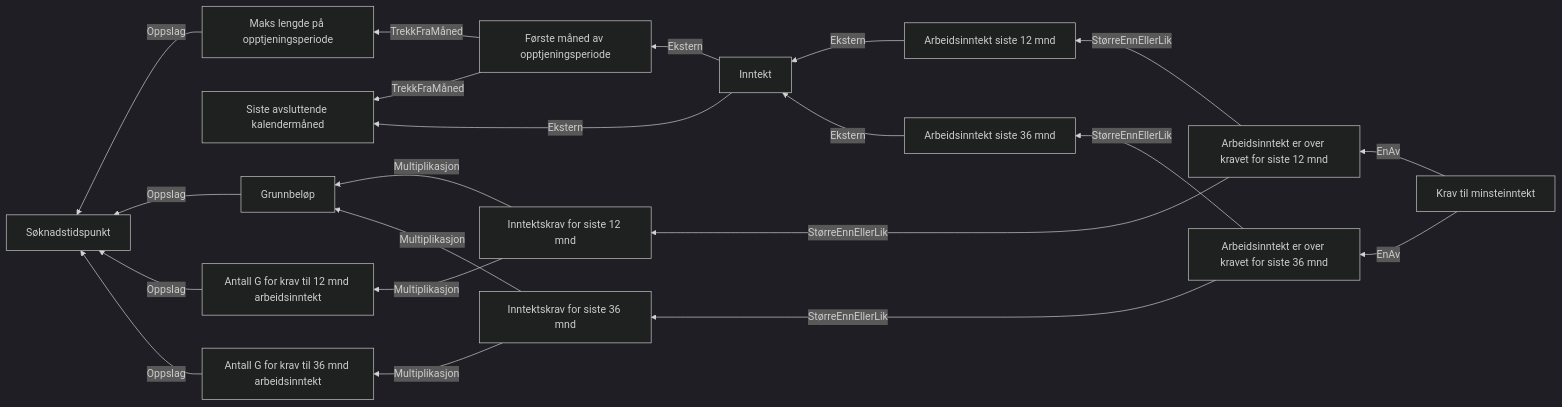
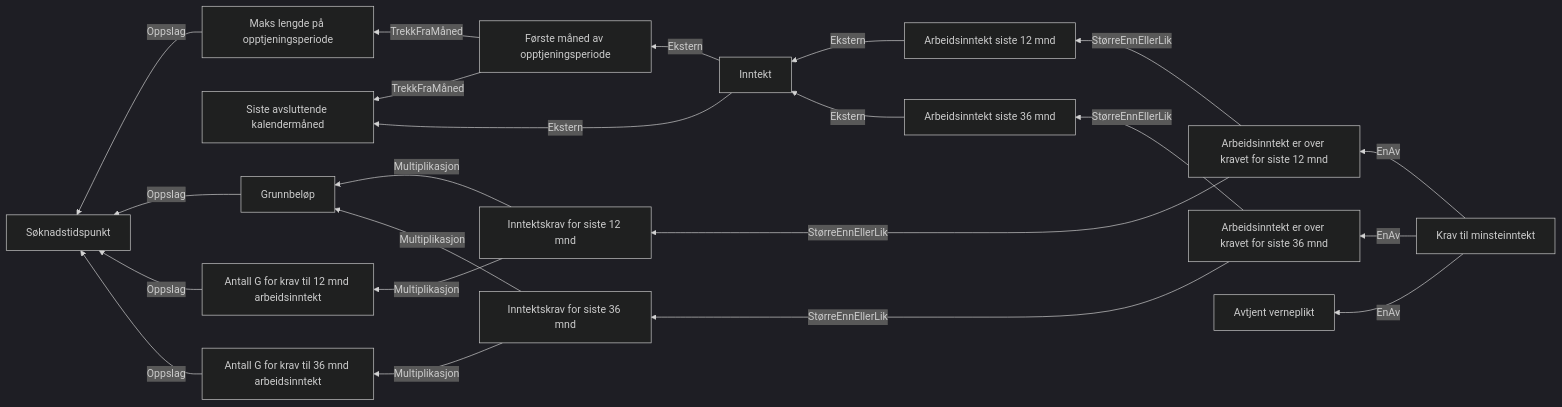
One commit to navikt/dp-vedtak changed the diagram in docs/regler/§ 4-4. Krav til minsteinntekt.approved.md. Above: the diagram before and after it, drawn with Mermaid (dark theme). The commit also changed other lines of this file and 8 other files, not shown here.

Commit message:
Legg til verneplikt som en vei gjennom kravet til minste arbeidsinntekt

````diff
--- a/docs/regler/§ 4-4. Krav til minsteinntekt.approved.md
+++ b/docs/regler/§ 4-4. Krav til minsteinntekt.approved.md
@@ -5,23 +5,24 @@
 ```mermaid
 graph RL
   A["Maks lengde på opptjeningsperiode"] -->|"Oppslag"| B["Søknadstidspunkt"]
   C["Første måned av opptjeningsperiode"] -->|"TrekkFraMåned"| D["Siste avsluttende kalendermåned"]
   C["Første måned av opptjeningsperiode"] -->|"TrekkFraMåned"| A["Maks lengde på opptjeningsperiode"]
   E["Inntekt"] -->|"Ekstern"| D["Siste avsluttende kalendermåned"]
   E["Inntekt"] -->|"Ekstern"| C["Første måned av opptjeningsperiode"]
   F["Grunnbeløp"] -->|"Oppslag"| B["Søknadstidspunkt"]
   G["Arbeidsinntekt siste 12 mnd"] -->|"Ekstern"| E["Inntekt"]
   H["Antall G for krav til 12 mnd arbeidsinntekt"] -->|"Oppslag"| B["Søknadstidspunkt"]
   I["Inntektskrav for siste 12 mnd"] -->|"Multiplikasjon"| H["Antall G for krav til 12 mnd arbeidsinntekt"]
   I["Inntektskrav for siste 12 mnd"] -->|"Multiplikasjon"| F["Grunnbeløp"]
   J["Arbeidsinntekt er over kravet for siste 12 mnd"] -->|"StørreEnnEllerLik"| G["Arbeidsinntekt siste 12 mnd"]
   J["Arbeidsinntekt er over kravet for siste 12 mnd"] -->|"StørreEnnEllerLik"| I["Inntektskrav for siste 12 mnd"]
   K["Arbeidsinntekt siste 36 mnd"] -->|"Ekstern"| E["Inntekt"]
   L["Antall G for krav til 36 mnd arbeidsinntekt"] -->|"Oppslag"| B["Søknadstidspunkt"]
   M["Inntektskrav for siste 36 mnd"] -->|"Multiplikasjon"| L["Antall G for krav til 36 mnd arbeidsinntekt"]
   M["Inntektskrav for siste 36 mnd"] -->|"Multiplikasjon"| F["Grunnbeløp"]
   N["Arbeidsinntekt er over kravet for siste 36 mnd"] -->|"StørreEnnEllerLik"| K["Arbeidsinntekt siste 36 mnd"]
   N["Arbeidsinntekt er over kravet for siste 36 mnd"] -->|"StørreEnnEllerLik"| M["Inntektskrav for siste 36 mnd"]
   O["Krav til minsteinntekt"] -->|"EnAv"| J["Arbeidsinntekt er over kravet for siste 12 mnd"]
   O["Krav til minsteinntekt"] -->|"EnAv"| N["Arbeidsinntekt er over kravet for siste 36 mnd"]
+  O["Krav til minsteinntekt"] -->|"EnAv"| P["Avtjent verneplikt"]
 ```
````
